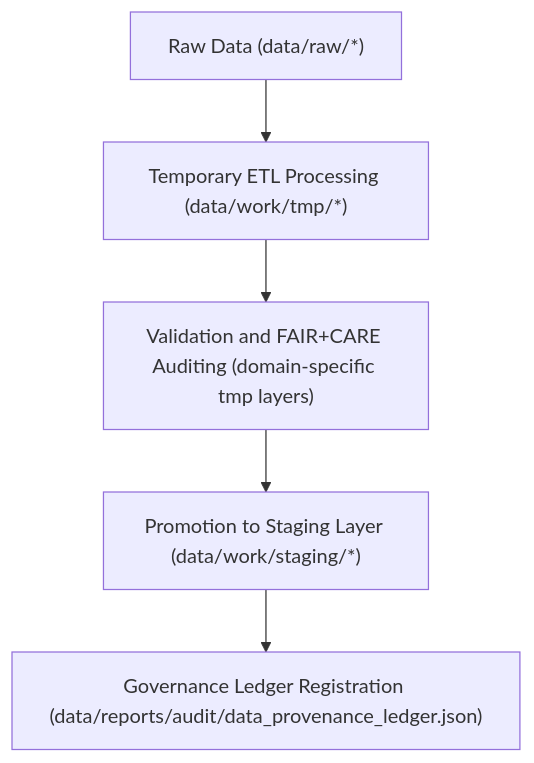
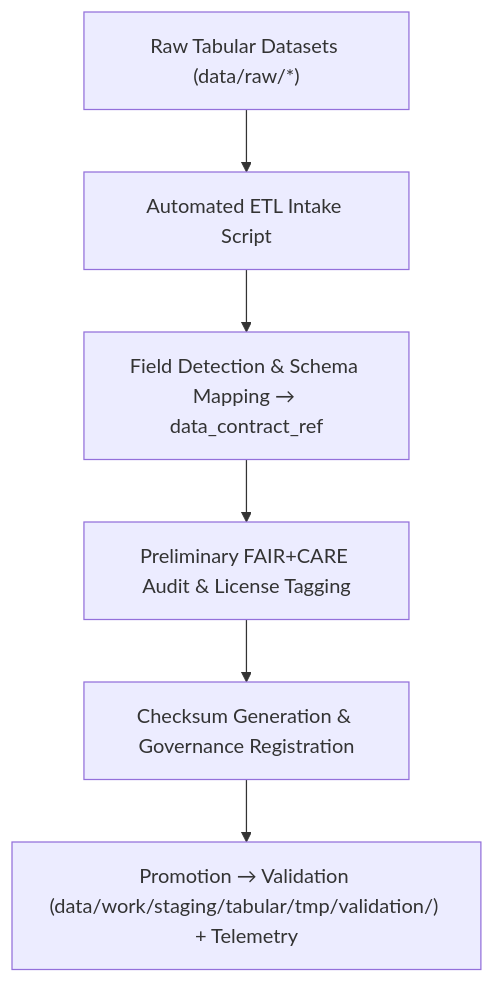
The diagram in data/work/tmp/README.md (bartytime4life/Kansas-Frontier-Matrix), drawn with Mermaid before and after one commit. The commit also changed other lines of this file, not shown here.

Commit message:
Update README for Tabular Intake TMP Workspace v9.4.0

````diff
--- a/data/work/tmp/README.md
+++ b/data/work/tmp/README.md
@@ -64,7 +67,8 @@
 ```mermaid
 flowchart TD
-    A["Raw Data (data/raw/*)"] --> B["Temporary ETL Processing (data/work/tmp/*)"]
-    B --> C["Validation and FAIR+CARE Auditing (domain-specific tmp layers)"]
-    C --> D["Promotion to Staging Layer (data/work/staging/*)"]
-    D --> E["Governance Ledger Registration (data/reports/audit/data_provenance_ledger.json)"]
+    A["Raw Tabular Datasets (data/raw/*)"] --> B["Automated ETL Intake Script"]
+    B --> C["Field Detection & Schema Mapping → data_contract_ref"]
+    C --> D["Preliminary FAIR+CARE Audit & License Tagging"]
+    D --> E["Checksum Generation & Governance Registration"]
+    E --> F["Promotion → Validation (data/work/staging/tabular/tmp/validation/) + Telemetry"]
 ```
````
